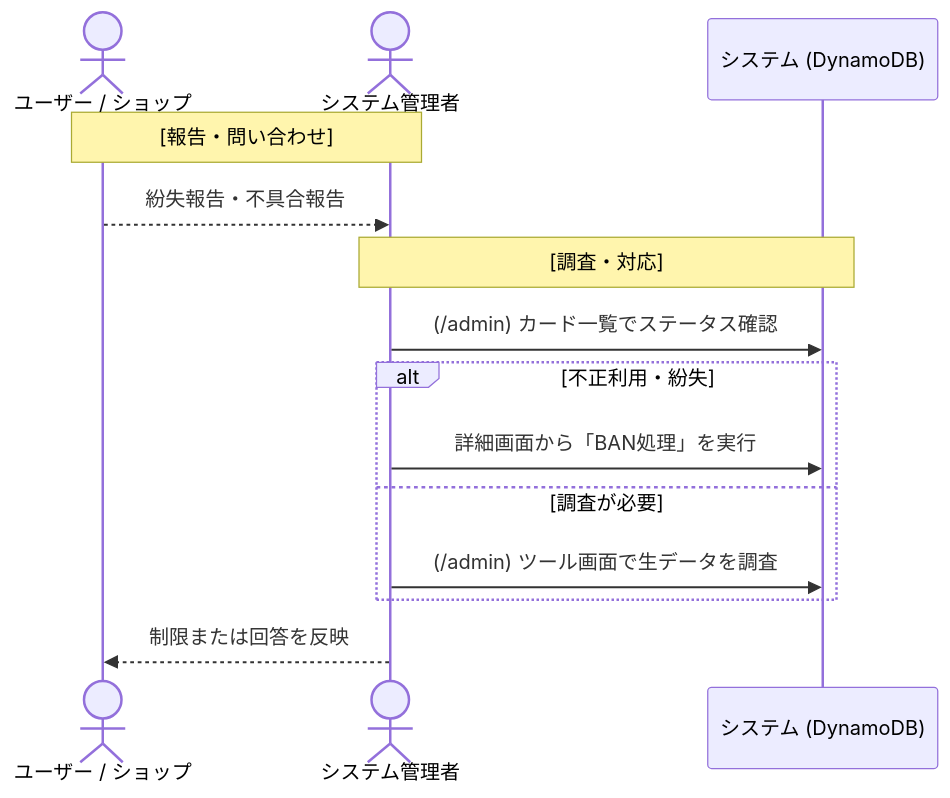
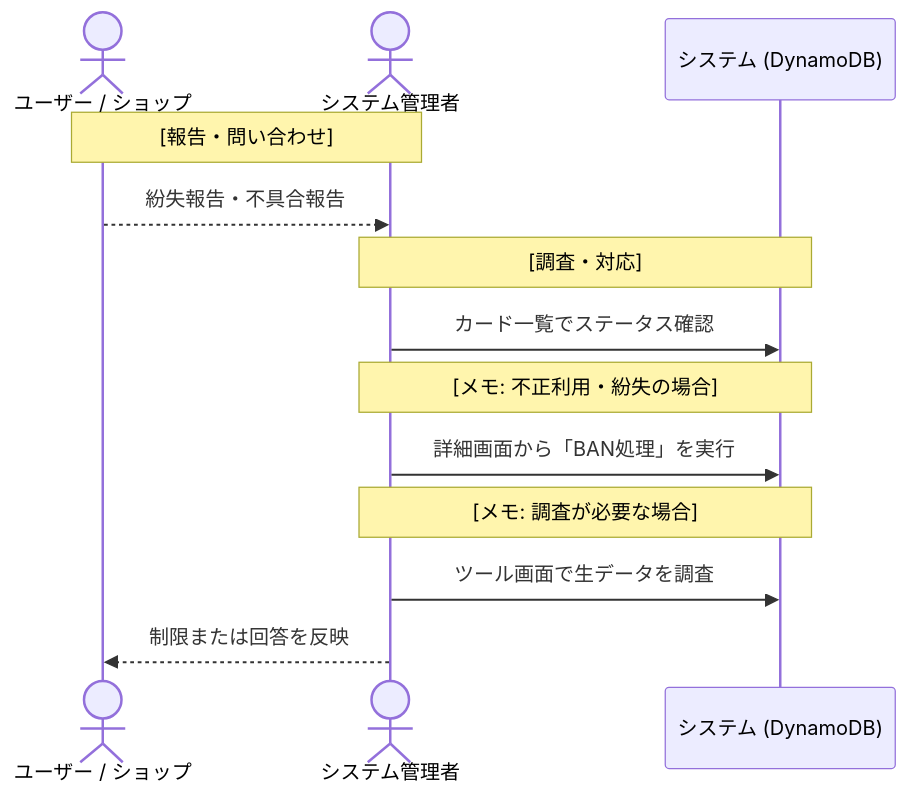
Before and after one commit to yudaiito9124-cyber/meishigawarini: the third of 3 diagrams in frontend/content/admin-help/ja/flow/index.md, drawn with Mermaid. The commit also changed other lines of this file and 103 other files, not shown here.

````diff
--- a/frontend/content/admin-help/ja/flow/index.md
+++ b/frontend/content/admin-help/ja/flow/index.md
@@ -71,19 +71,18 @@
 ```mermaid
 sequenceDiagram
     actor User as ユーザー / ショップ
     actor Admin as システム管理者
     participant Sys as システム (DynamoDB)
 
     Note over User, Admin: [報告・問い合わせ]
     User-->>Admin: 紛失報告・不具合報告
     
     Note over Admin, Sys: [調査・対応]
-    Admin->>Sys: (/admin) カード一覧でステータス確認
-    alt 不正利用・紛失
-        Admin->>Sys: 詳細画面から「BAN処理」を実行
-    else 調査が必要
-        Admin->>Sys: (/admin) ツール画面で生データを調査
-    end
+    Admin->>Sys: カード一覧でステータス確認
+    Note over Admin, Sys: [メモ: 不正利用・紛失の場合]
+    Admin->>Sys: 詳細画面から「BAN処理」を実行
+    Note over Admin, Sys: [メモ: 調査が必要な場合]
+    Admin->>Sys: ツール画面で生データを調査
     
     Admin-->>User: 制限または回答を反映
 ```
````
